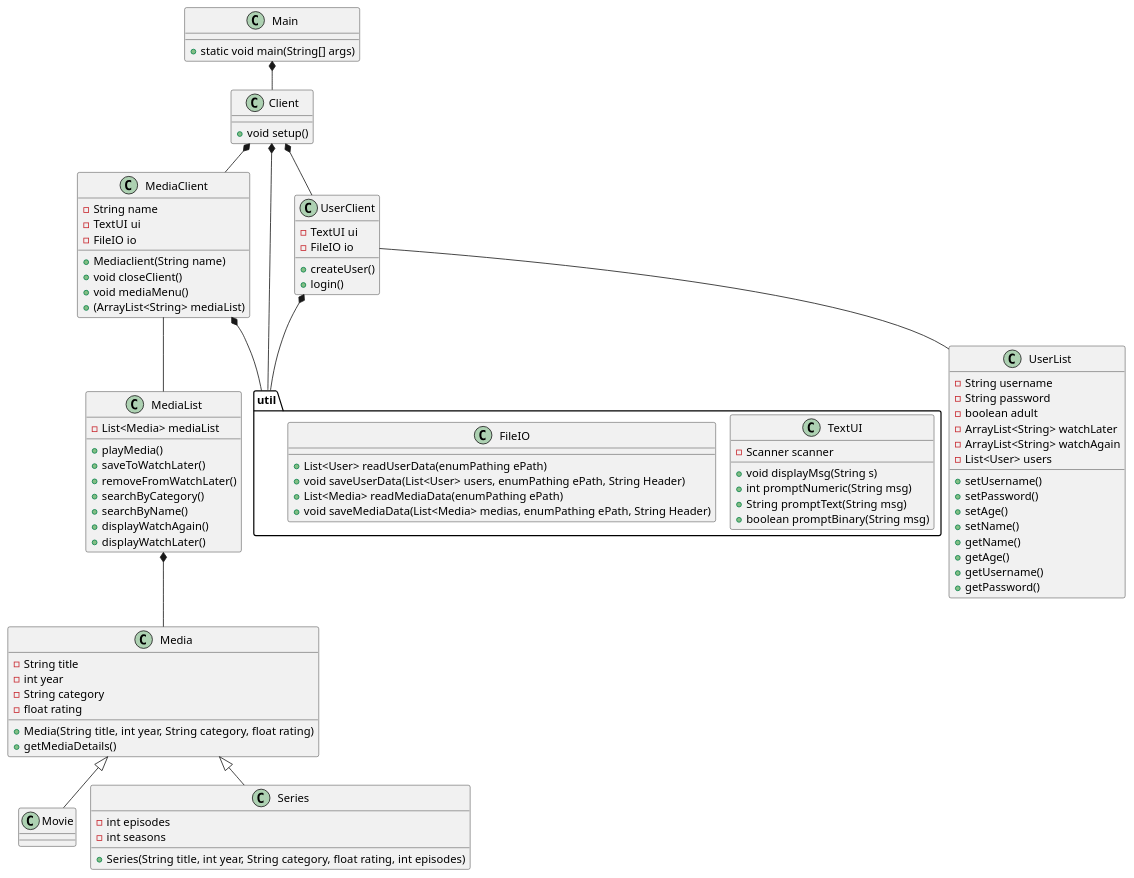
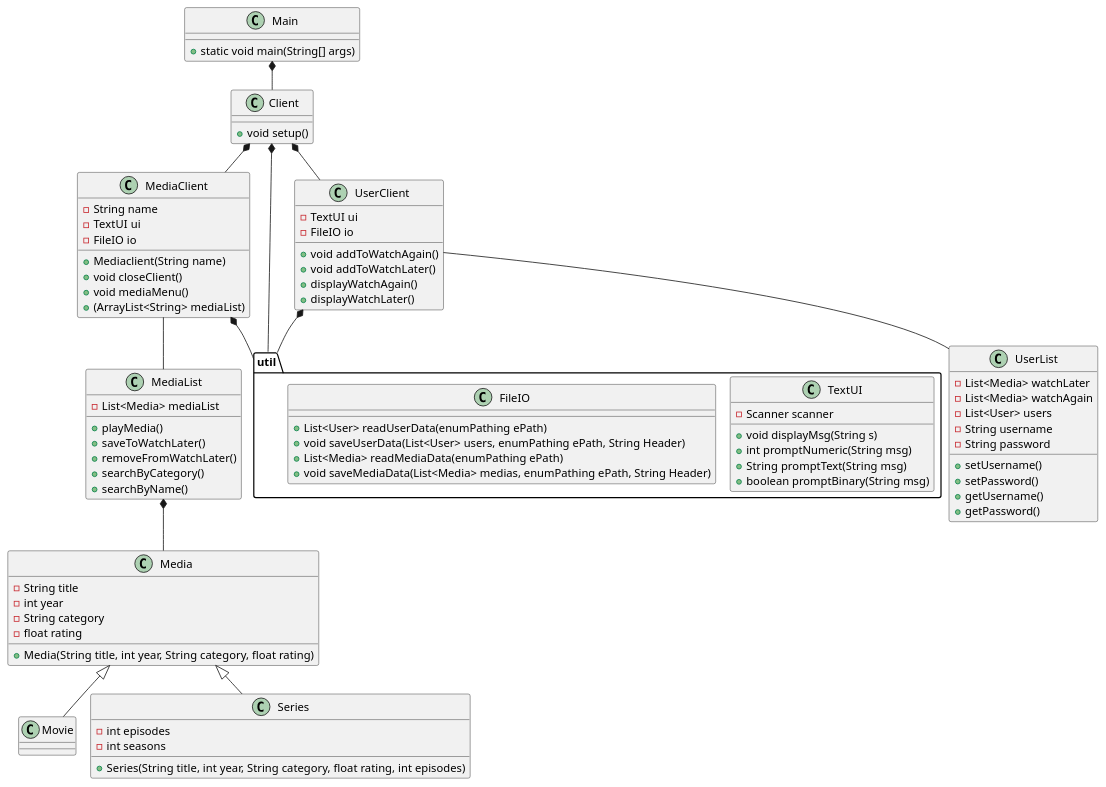
Before and after one commit to b-rino/SP3: the diagram in docs/classdiagram_v0.puml, drawn with PlantUML. The commit also changed 8 other files, not shown here.

```diff
--- a/docs/classdiagram_v0.puml
+++ b/docs/classdiagram_v0.puml
@@ -1,113 +1,104 @@
 @startuml
 !pragma layout smetana
 
 class Main{
 + static void main(String[] args)
 }
 
 class Client{
 +void setup()
 }
 
 class Media{
 - String title
 - int year
 - String category
 - float rating
 +Media(String title, int year, String category, float rating)
-+getMediaDetails()
-
 
 }
 
 class MediaClient{
 -String name
 -TextUI ui
 -FileIO io
 +Mediaclient(String name)
 +void closeClient()
 +void mediaMenu()
 +(ArrayList<String> mediaList)
 
 }
 class MediaList{
 -List<Media> mediaList
 +playMedia()
 +saveToWatchLater()
 +removeFromWatchLater()
 +searchByCategory()
 +searchByName()
-+displayWatchAgain()
-+displayWatchLater()
 }
 
 class UserList{
+-List<Media> watchLater
+-List<Media> watchAgain
+-List<User> users
 -String username
 -String password
--boolean adult
 +setUsername()
 +setPassword()
-+setAge()
-+setName()
-+getName()
-+getAge()
 +getUsername()
 +getPassword()
--ArrayList<String> watchLater
--ArrayList<String> watchAgain
--List<User> users
 }
 
 
 class Movie{
 }
 
 class Series{
 - int episodes
 - int seasons
 +Series(String title, int year, String category, float rating, int episodes)
 }
 
 
 class UserClient{
 -TextUI ui
 -FileIO io
-+createUser()
-+login()
-
-'+logout()
+'+createUser()
+'+login() Disse to bør ske i setup
++void addToWatchAgain()
++void addToWatchLater()
++displayWatchAgain()
++displayWatchLater()
 }
 
 
 package "util" {
 class TextUI{
 - Scanner scanner
 
 +void displayMsg(String s)
 +int promptNumeric(String msg)
 +String promptText(String msg)
 +boolean promptBinary(String msg)
 }
 class FileIO{
-'+void addMediaToFile(Media media, String path)
-'+void removeMediaFromFile(Media media, String path)
 +List<User> readUserData(enumPathing ePath)
 +void saveUserData(List<User> users, enumPathing ePath, String Header)
 +List<Media> readMediaData(enumPathing ePath)
 +void saveMediaData(List<Media> medias, enumPathing ePath, String Header)
 }
 }
 
 MediaList *-- Media
 Media<|--Series
 Media <|-- Movie
 Client *-- MediaClient
 MediaClient *-- "util"
 MediaClient -- MediaList
 Client *-- UserClient
 UserClient -- UserList
 UserClient *--"util"
 Main *-- Client
 Client *-- "util"
 
 @enduml
```
